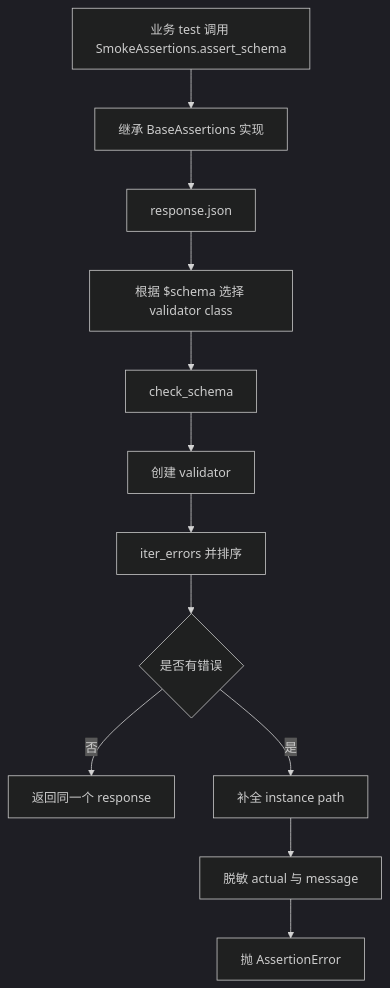
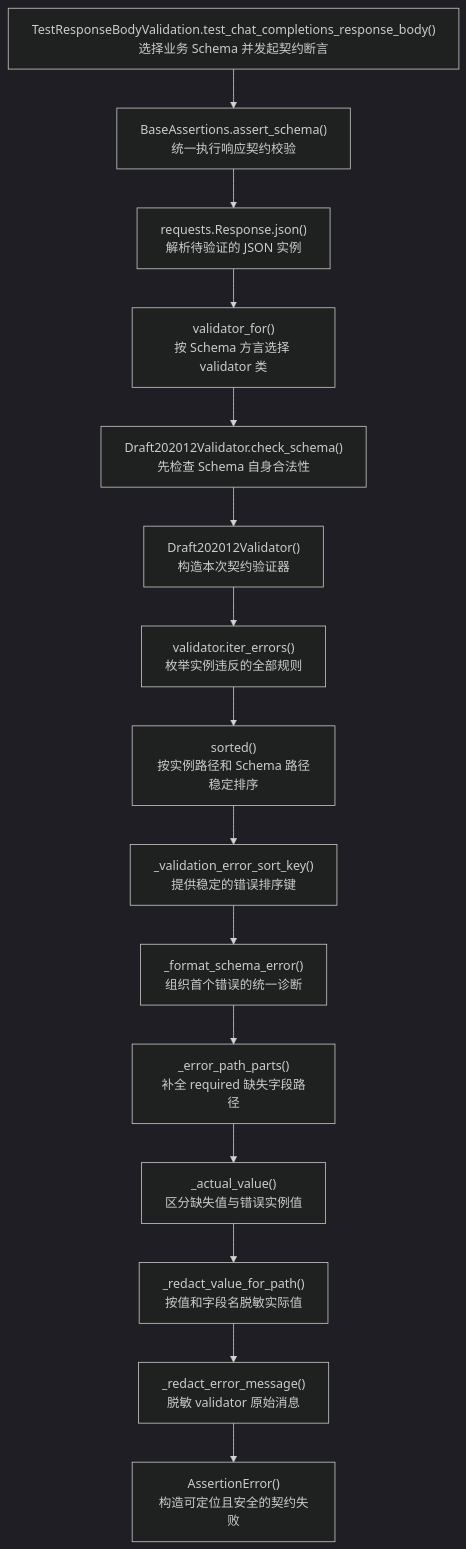
The eighth of 9 diagrams in course/DAY09_RESPONSE_CONTRACT_BOUNDARY.md (wjy801/llm_api_case), drawn with Mermaid (dark theme) before and after one commit. The commit also changed other lines of this file and 8 other files, not shown here.

````diff
--- a/course/DAY09_RESPONSE_CONTRACT_BOUNDARY.md
+++ b/course/DAY09_RESPONSE_CONTRACT_BOUNDARY.md
@@ -690,14 +696,17 @@
 ```mermaid
 flowchart TD
-    A["业务 test 调用 SmokeAssertions.assert_schema"] --> B["继承 BaseAssertions 实现"]
-    B --> C["response.json"]
-    C --> D["根据 $schema 选择 validator class"]
-    D --> E["check_schema"]
-    E --> F["创建 validator"]
-    F --> G["iter_errors 并排序"]
-    G --> H{"是否有错误"}
-    H -->|"否"| I["返回同一个 response"]
-    H -->|"是"| J["补全 instance path"]
-    J --> K["脱敏 actual 与 message"]
-    K --> L["抛 AssertionError"]
+    A["TestResponseBodyValidation.test_chat_completions_response_body()<br/>选择业务 Schema 并发起契约断言"] --> B["BaseAssertions.assert_schema()<br/>统一执行响应契约校验"]
+    B --> C["requests.Response.json()<br/>解析待验证的 JSON 实例"]
+    C --> D["validator_for()<br/>按 Schema 方言选择 validator 类"]
+    D --> E["Draft202012Validator.check_schema()<br/>先检查 Schema 自身合法性"]
+    E --> F["Draft202012Validator()<br/>构造本次契约验证器"]
+    F --> G["validator.iter_errors()<br/>枚举实例违反的全部规则"]
+    G --> H["sorted()<br/>按实例路径和 Schema 路径稳定排序"]
+    H --> I["_validation_error_sort_key()<br/>提供稳定的错误排序键"]
+    I --> J["_format_schema_error()<br/>组织首个错误的统一诊断"]
+    J --> K["_error_path_parts()<br/>补全 required 缺失字段路径"]
+    K --> L["_actual_value()<br/>区分缺失值与错误实例值"]
+    L --> M["_redact_value_for_path()<br/>按值和字段名脱敏实际值"]
+    M --> N["_redact_error_message()<br/>脱敏 validator 原始消息"]
+    N --> O["AssertionError()<br/>构造可定位且安全的契约失败"]
 ```
````
